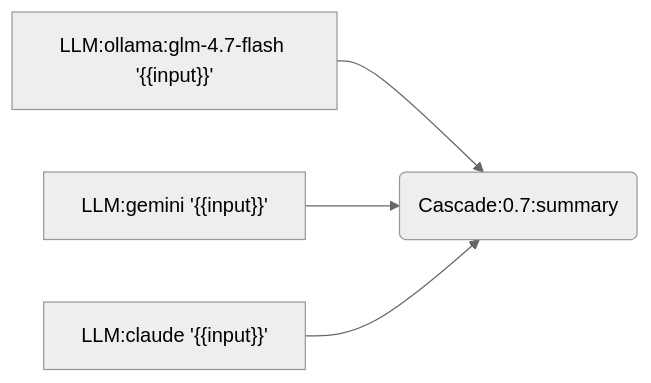
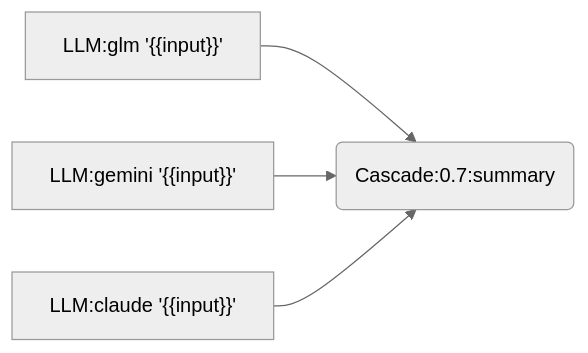
The sixth of 16 diagrams in CLAUDE.md (jeong-sik/llm-mcp), drawn with Mermaid (neutral theme) before and after one commit. The commit also changed other lines of this file and 5 other files, not shown here.

````diff
--- a/CLAUDE.md
+++ b/CLAUDE.md
@@ -203,10 +203,10 @@
 ```mermaid
 graph LR
-    glm["LLM:ollama:glm-4.7-flash '{{input}}'"]
+    glm["LLM:glm '{{input}}'"]
     gemini["LLM:gemini '{{input}}'"]
     claude["LLM:claude '{{input}}'"]
     cascade("Cascade:0.7:summary")
     glm --> cascade
     gemini --> cascade
     claude --> cascade
 ```
````
